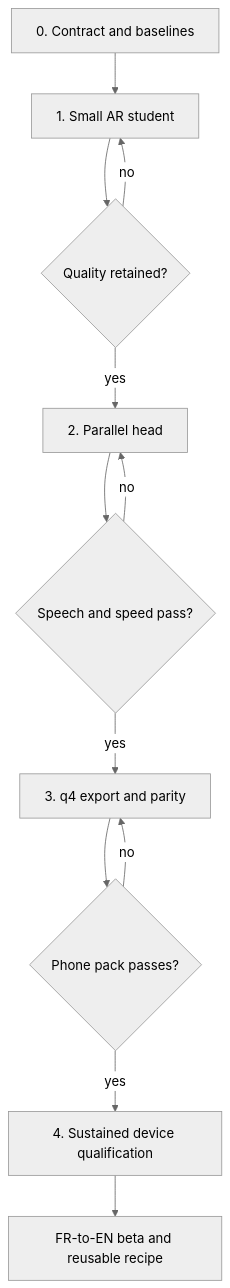
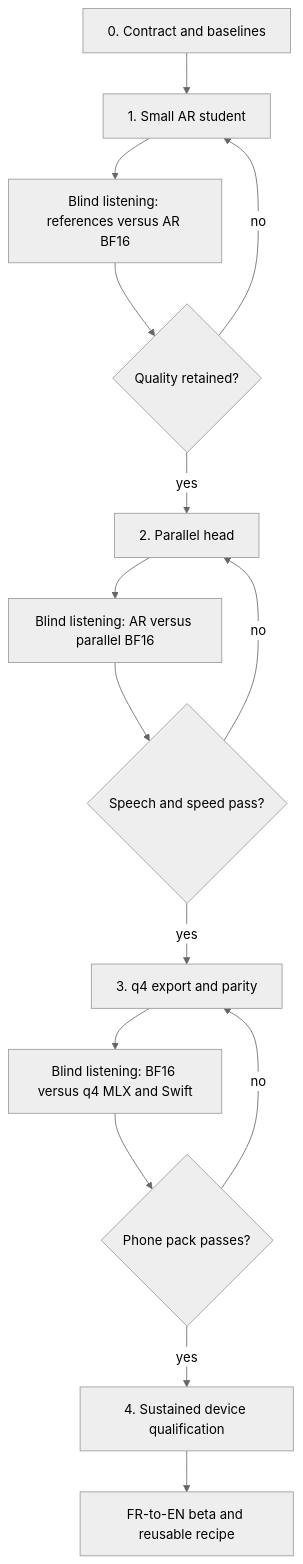
The fourth of 4 diagrams in docs/mobile_student_plan.md (huybik/hibiki-zero-mlx), drawn with Mermaid (neutral theme) before and after one commit. The commit also changed other lines of this file, not shown here.

Commit message:
Add manual listening qualification gates

````diff
--- a/docs/mobile_student_plan.md
+++ b/docs/mobile_student_plan.md
@@ -202,22 +231,25 @@
 ```mermaid
 flowchart TD
     P0[0. Contract and baselines]
     P1[1. Small AR student]
+    L1[Blind listening: references versus AR BF16]
     G1{Quality retained?}
     P2[2. Parallel head]
+    L2[Blind listening: AR versus parallel BF16]
     G2{Speech and speed pass?}
     P3[3. q4 export and parity]
+    L3[Blind listening: BF16 versus q4 MLX and Swift]
     G3{Phone pack passes?}
     P4[4. Sustained device qualification]
     DONE[FR-to-EN beta and reusable recipe]
 
-    P0 --> P1 --> G1
+    P0 --> P1 --> L1 --> G1
     G1 -->|yes| P2
     G1 -->|no| P1
-    P2 --> G2
+    P2 --> L2 --> G2
     G2 -->|yes| P3
     G2 -->|no| P2
-    P3 --> G3
+    P3 --> L3 --> G3
     G3 -->|yes| P4 --> DONE
     G3 -->|no| P3
 ```
````
